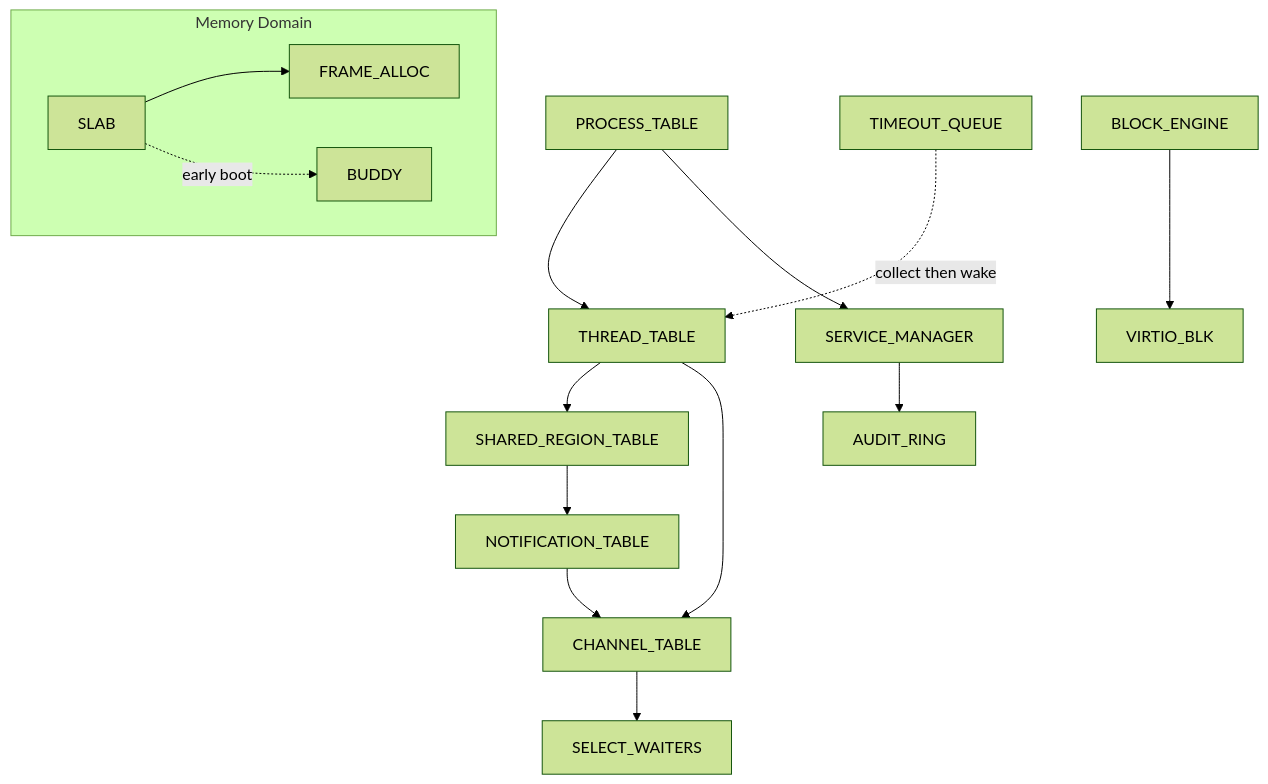
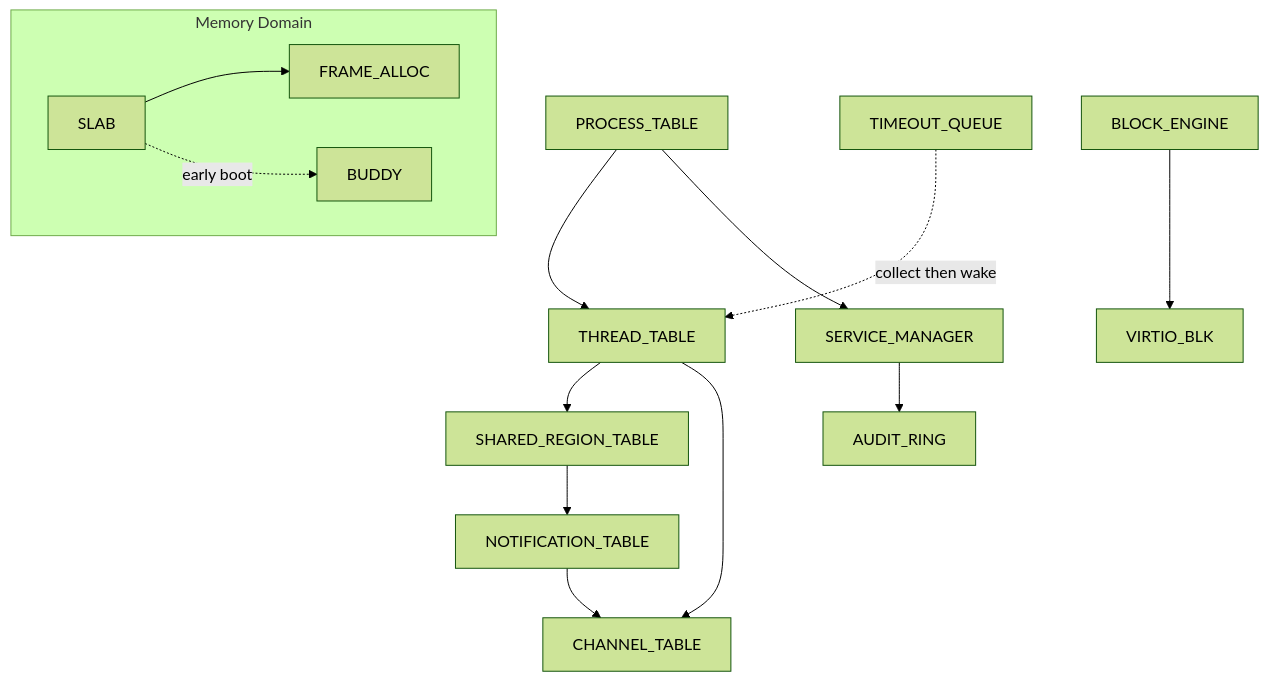
One commit to juslee/aios changed the diagram in docs/kernel/deadlock-prevention.md. Above: the diagram before and after it, drawn with Mermaid (forest theme). The commit also changed other lines of this file and 25 other files, not shown here.

````diff
--- a/docs/kernel/deadlock-prevention.md
+++ b/docs/kernel/deadlock-prevention.md
@@ -108,18 +107,17 @@
 ```mermaid
 graph TD
     PT[PROCESS_TABLE] --> TT[THREAD_TABLE]
     PT --> SM[SERVICE_MANAGER]
     TT --> SRT[SHARED_REGION_TABLE]
     TT --> CT[CHANNEL_TABLE]
     SRT --> NT[NOTIFICATION_TABLE]
     NT --> CT
-    CT --> SW[SELECT_WAITERS]
     TQ[TIMEOUT_QUEUE] -.->|collect then wake| TT
     SM --> AR[AUDIT_RING]
     BE[BLOCK_ENGINE] --> VB[VIRTIO_BLK]
 
     subgraph Memory Domain
         SL[SLAB] --> FA[FRAME_ALLOC]
         SL -.->|early boot| BU[BUDDY]
     end
 ```
````
